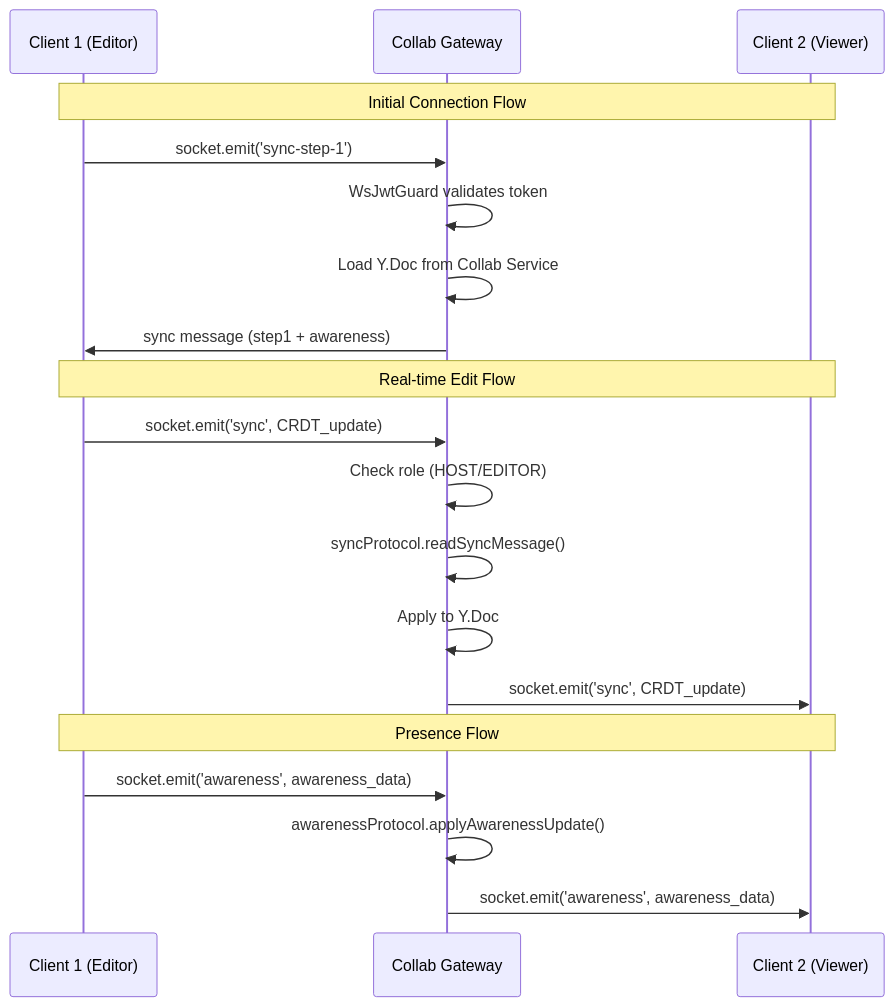
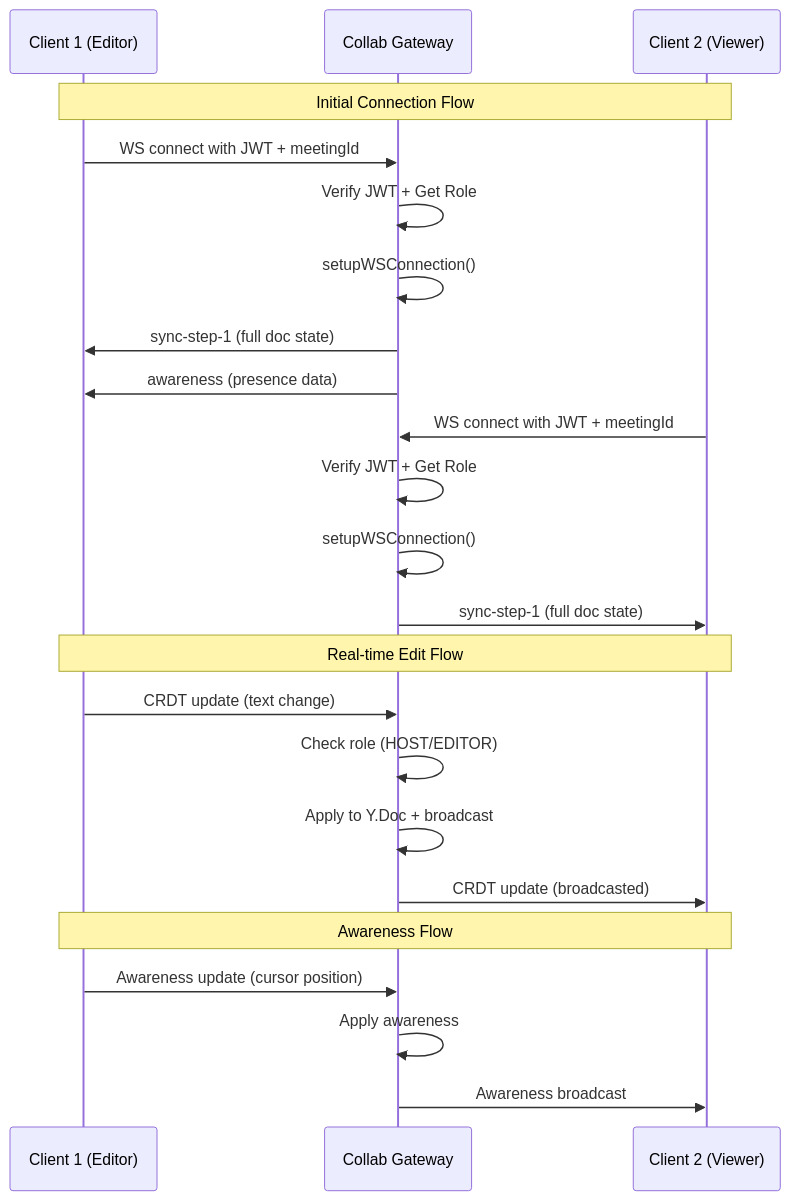
One commit to Yamaaaaaaaa/VDT_miniproject_TranscriptHub changed the second of 2 diagrams in documents/ms/collab_service/idea/architecture.md. Above: the diagram before and after it, drawn with Mermaid. The commit also changed other lines of this file and 15 other files, not shown here.

````diff
--- a/documents/ms/collab_service/idea/architecture.md
+++ b/documents/ms/collab_service/idea/architecture.md
@@ -424,27 +213,32 @@
 ```mermaid
 sequenceDiagram
     participant Client1 as Client 1 (Editor)
     participant Gateway as Collab Gateway
     participant Client2 as Client 2 (Viewer)
 
     Note over Client1,Client2: Initial Connection Flow
 
-    Client1->>Gateway: socket.emit('sync-step-1')
-    Gateway->>Gateway: WsJwtGuard validates token
-    Gateway->>Gateway: Load Y.Doc from Collab Service
-    Gateway->>Client1: sync message (step1 + awareness)
+    Client1->>Gateway: WS connect with JWT + meetingId
+    Gateway->>Gateway: Verify JWT + Get Role
+    Gateway->>Gateway: setupWSConnection()
+    Gateway->>Client1: sync-step-1 (full doc state)
+    Gateway->>Client1: awareness (presence data)
+
+    Client2->>Gateway: WS connect with JWT + meetingId
+    Gateway->>Gateway: Verify JWT + Get Role
+    Gateway->>Gateway: setupWSConnection()
+    Gateway->>Client2: sync-step-1 (full doc state)
 
     Note over Client1,Client2: Real-time Edit Flow
 
-    Client1->>Gateway: socket.emit('sync', CRDT_update)
+    Client1->>Gateway: CRDT update (text change)
     Gateway->>Gateway: Check role (HOST/EDITOR)
-    Gateway->>Gateway: syncProtocol.readSyncMessage()
-    Gateway->>Gateway: Apply to Y.Doc
-    Gateway->>Client2: socket.emit('sync', CRDT_update)
+    Gateway->>Gateway: Apply to Y.Doc + broadcast
+    Gateway->>Client2: CRDT update (broadcasted)
 
-    Note over Client1,Client2: Presence Flow
+    Note over Client1,Client2: Awareness Flow
 
-    Client1->>Gateway: socket.emit('awareness', awareness_data)
-    Gateway->>Gateway: awarenessProtocol.applyAwarenessUpdate()
-    Gateway->>Client2: socket.emit('awareness', awareness_data)
+    Client1->>Gateway: Awareness update (cursor position)
+    Gateway->>Gateway: Apply awareness
+    Gateway->>Client2: Awareness broadcast
 ```
````
